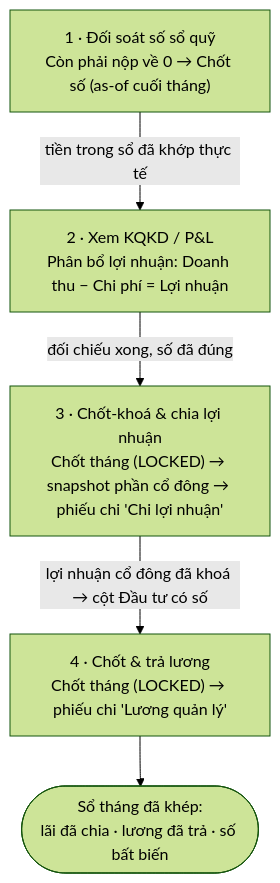
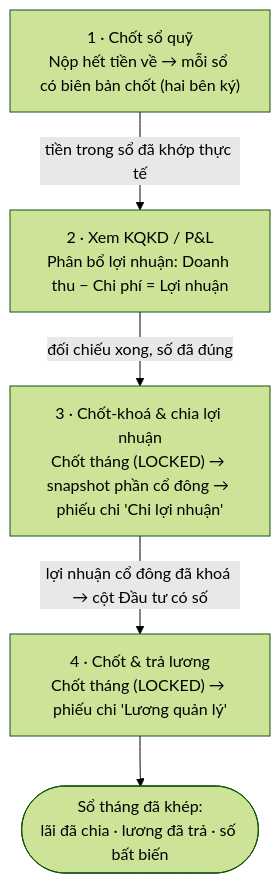
The diagram in docs/huong-dan-su-dung/01-bat-dau/quy-trinh-chot-thang/index.md (zxGreenxz/whiteboard-ihomecrm), drawn with Mermaid (forest theme) before and after one commit. The commit also changed other lines of this file and 19 other files, not shown here.

First line of the commit message:
feat(cashbook): PA4 — nhắc chốt sổ sau bàn giao + lưới an toàn theo tháng

````diff
--- a/docs/huong-dan-su-dung/01-bat-dau/quy-trinh-chot-thang/index.md
+++ b/docs/huong-dan-su-dung/01-bat-dau/quy-trinh-chot-thang/index.md
@@ -29,7 +29,7 @@
 ```mermaid
 flowchart TD
-  R["1 · Đối soát số sổ quỹ<br/>Còn phải nộp về 0 → Chốt số (as-of cuối tháng)"] -->|"tiền trong sổ đã khớp thực tế"| P["2 · Xem KQKD / P&L<br/>Phân bổ lợi nhuận: Doanh thu − Chi phí = Lợi nhuận"]
+  R["1 · Chốt sổ quỹ<br/>Nộp hết tiền về → mỗi sổ có biên bản chốt (hai bên ký)"] -->|"tiền trong sổ đã khớp thực tế"| P["2 · Xem KQKD / P&L<br/>Phân bổ lợi nhuận: Doanh thu − Chi phí = Lợi nhuận"]
   P -->|"đối chiếu xong, số đã đúng"| L["3 · Chốt-khoá & chia lợi nhuận<br/>Chốt tháng (LOCKED) → snapshot phần cổ đông → phiếu chi 'Chi lợi nhuận'"]
   L -->|"lợi nhuận cổ đông đã khoá → cột Đầu tư có số"| S["4 · Chốt & trả lương<br/>Chốt tháng (LOCKED) → phiếu chi 'Lương quản lý'"]
   S --> E(["Sổ tháng đã khép:<br/>lãi đã chia · lương đã trả · số bất biến"])
 ```
````
